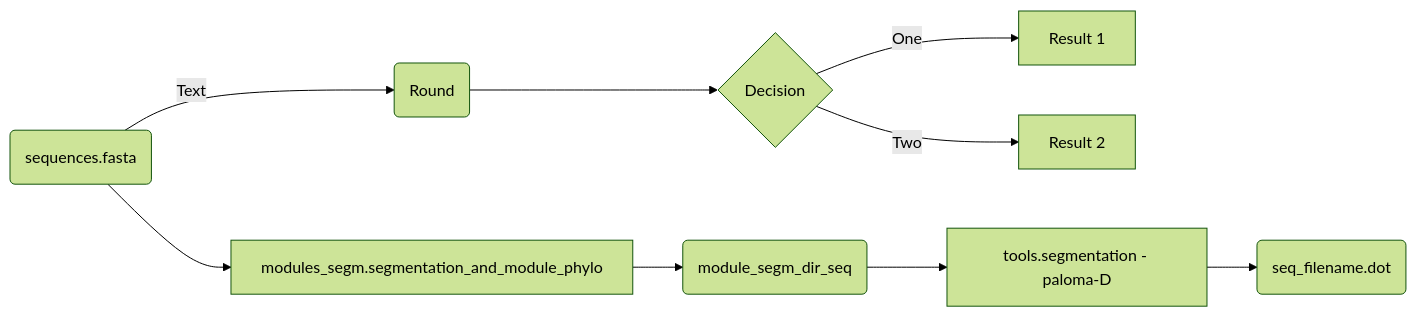
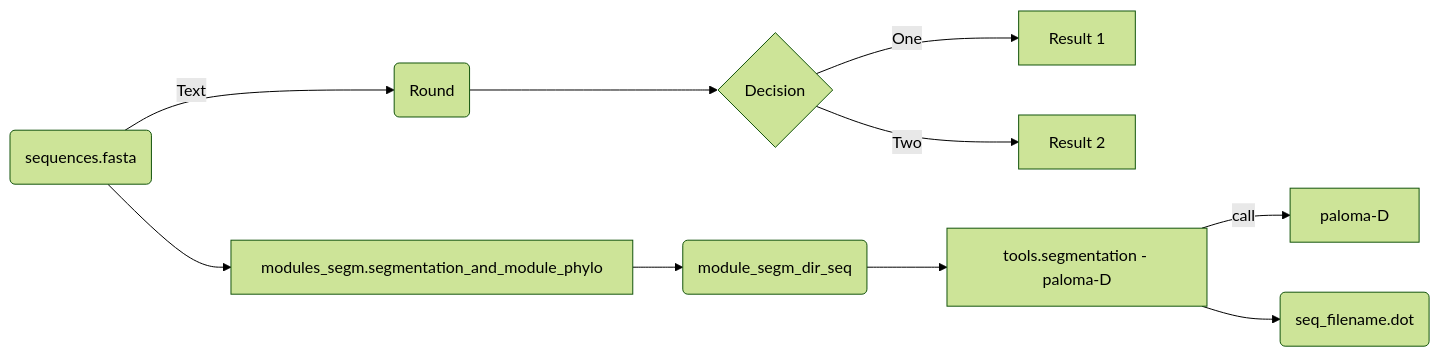
One commit to OcMalde/fuse-phylotree changed the diagram in README.md. Above: the diagram before and after it, drawn with Mermaid (forest theme).

Commit message:
readme mermaid test

````diff
--- a/README.md
+++ b/README.md
@@ -19,16 +19,17 @@
 ```mermaid
 flowchart LR
 
 A[Hard] -->|Text| B(Round)
 B --> C{Decision}
 C -->|One| D[Result 1]
 C -->|Two| E[Result 2]
 
 
 
 A(sequences.fasta) --> m1[modules_segm.segmentation_and_module_phylo]
 m1 --> m2(module_segm_dir_seq)
 m2 --> m3[tools.segmentation - paloma-D]
+m3 -->|call| m5[paloma-D]
 m3 --> m4(seq_filename.dot)
 
 ```
````
